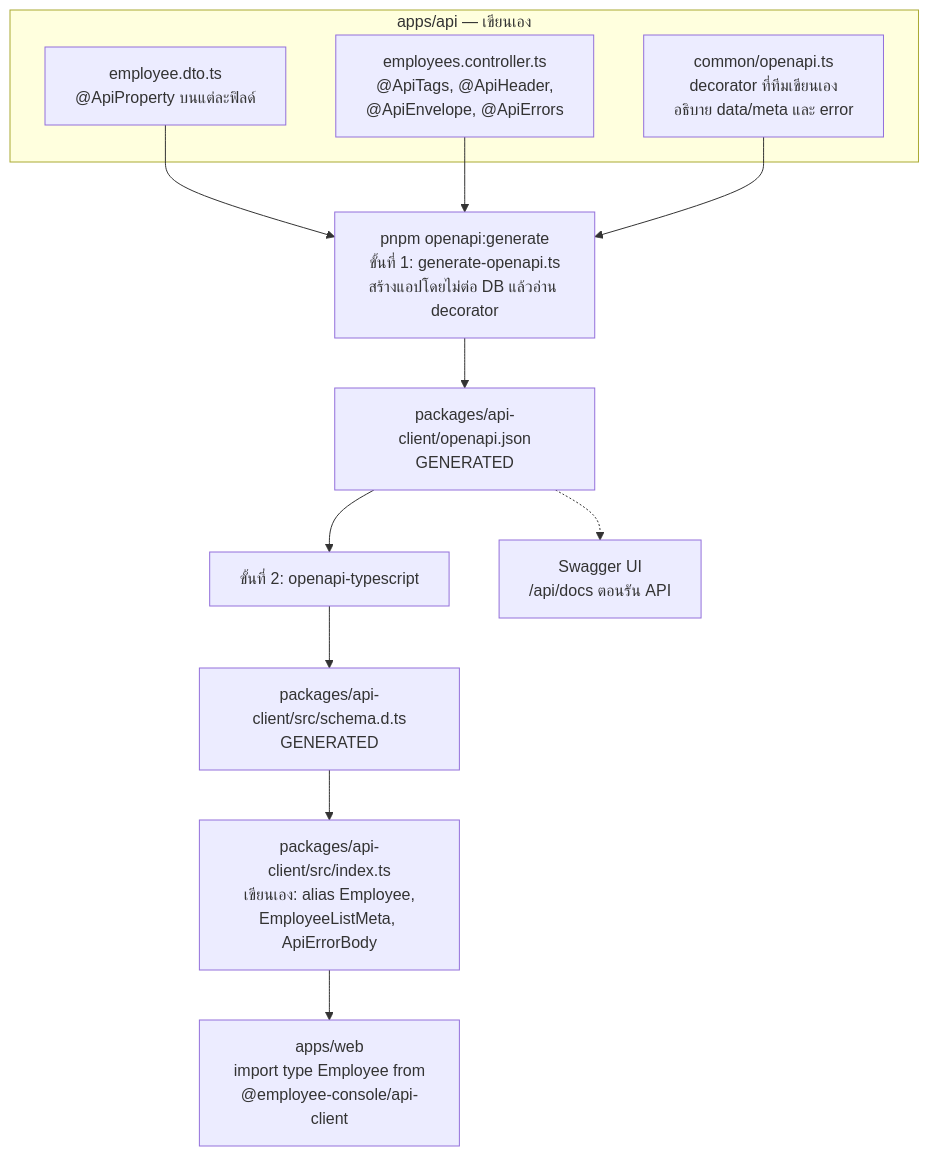
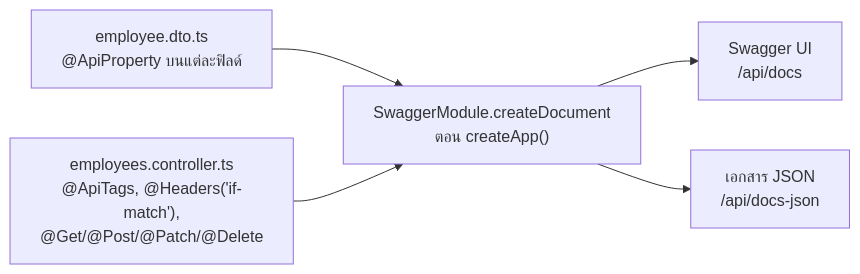
One commit to sittipong-hemloun/helius-tech-test changed the diagram in docs/learn/04-openapi.md. Above: the diagram before and after it, drawn with Mermaid. The commit also changed other lines of this file and 180 other files, not shown here.

First line of the commit message:
refactor: simplify to plain NestJS + Next.js employee console

````diff
--- a/docs/learn/04-openapi.md
+++ b/docs/learn/04-openapi.md
@@ -56,18 +24,7 @@
 ```mermaid
-flowchart TD
-    subgraph API["apps/api — เขียนเอง"]
-        DTO["employee.dto.ts<br/>@ApiProperty บนแต่ละฟิลด์"]
-        CTL["employees.controller.ts<br/>@ApiTags, @ApiHeader,<br/>@ApiEnvelope, @ApiErrors"]
-        HLP["common/openapi.ts<br/>decorator ที่ทีมเขียนเอง<br/>อธิบาย data/meta และ error"]
-    end
-    DTO --> GEN
-    CTL --> GEN
-    HLP --> GEN
-    GEN["pnpm openapi:generate<br/>ขั้นที่ 1: generate-openapi.ts<br/>สร้างแอปโดยไม่ต่อ DB แล้วอ่าน decorator"]
-    GEN --> OJ["packages/api-client/openapi.json<br/>GENERATED"]
-    OJ --> OT["ขั้นที่ 2: openapi-typescript"]
-    OT --> SD["packages/api-client/src/schema.d.ts<br/>GENERATED"]
-    SD --> IX["packages/api-client/src/index.ts<br/>เขียนเอง: alias Employee,<br/>EmployeeListMeta, ApiErrorBody"]
-    IX --> WEB["apps/web<br/>import type Employee from<br/>@employee-console/api-client"]
-    OJ -.-> UI["Swagger UI<br/>/api/docs ตอนรัน API"]
+flowchart LR
+    DTO["employee.dto.ts<br/>@ApiProperty บนแต่ละฟิลด์"] --> GEN
+    CTL["employees.controller.ts<br/>@ApiTags, @Headers('if-match'),<br/>@Get/@Post/@Patch/@Delete"] --> GEN
+    GEN["SwaggerModule.createDocument<br/>ตอน createApp()"] --> UI["Swagger UI<br/>/api/docs"]
+    GEN --> JS["เอกสาร JSON<br/>/api/docs-json"]
 ```
````
